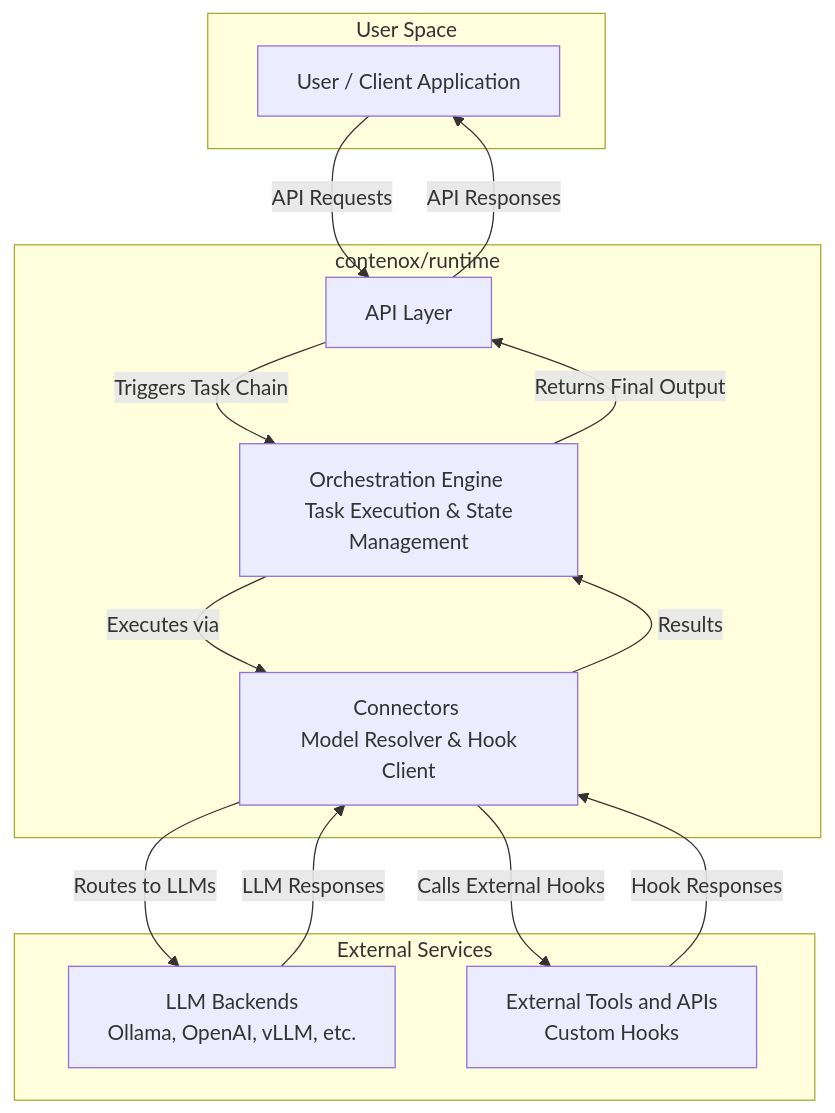
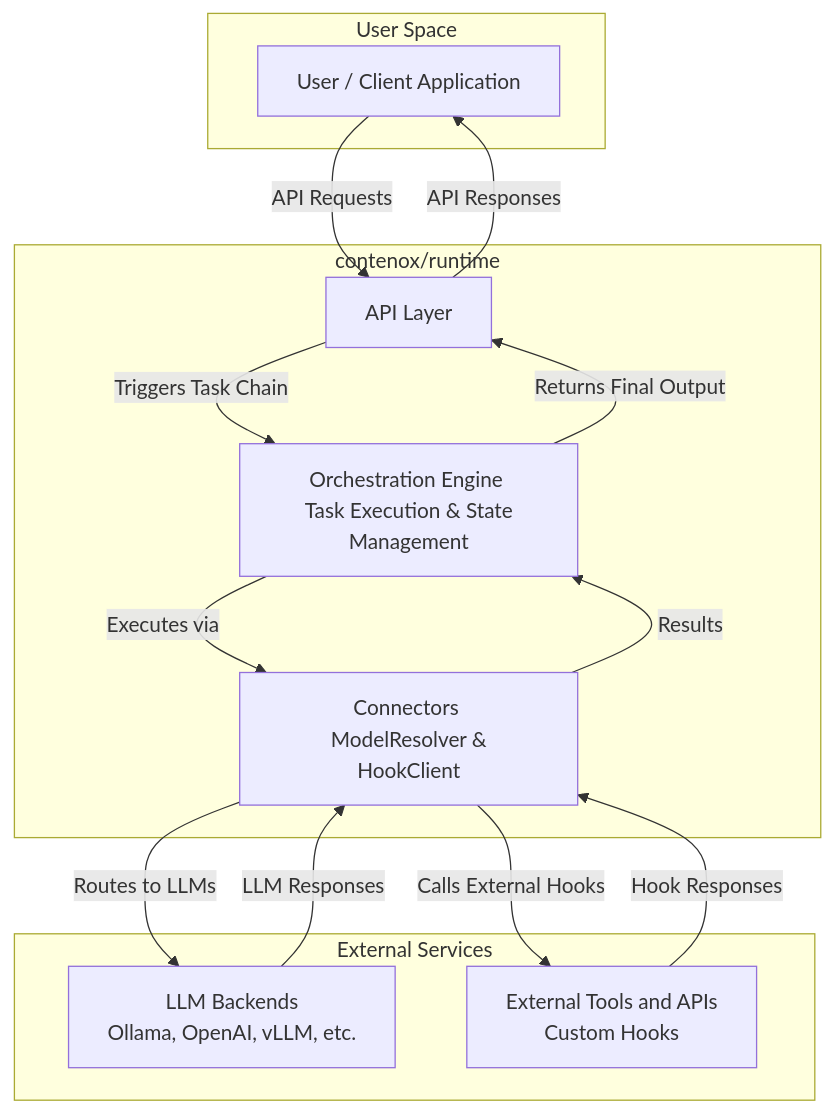
The diagram in README.md (contenox/runtime), drawn with Mermaid before and after one commit.

````diff
--- a/README.md
+++ b/README.md
@@ -141,30 +141,30 @@
 ```mermaid
 graph TD
     subgraph "User Space"
         U[User / Client Application]
     end
 
     subgraph "contenox/runtime"
         API[API Layer]
         OE["Orchestration Engine <br/> Task Execution & State Management"]
-        CONN["Connectors <br/> Model Resolver & Hook Client"]
+        CONN["Connectors <br/> ModelResolver & HookClient"]
     end
 
     subgraph "External Services"
         LLM[LLM Backends <br/> Ollama, OpenAI, vLLM, etc.]
         HOOK[External Tools and APIs <br/> Custom Hooks]
     end
 
     %% --- Data Flow ---
     U -- API Requests --> API
     API -- Triggers Task Chain --> OE
     OE -- Executes via --> CONN
     CONN -- Routes to LLMs --> LLM
     CONN -- Calls External Hooks --> HOOK
 
     LLM -- LLM Responses --> CONN
     HOOK -- Hook Responses --> CONN
     CONN -- Results --> OE
     OE -- Returns Final Output --> API
     API -- API Responses --> U
 ```
````
